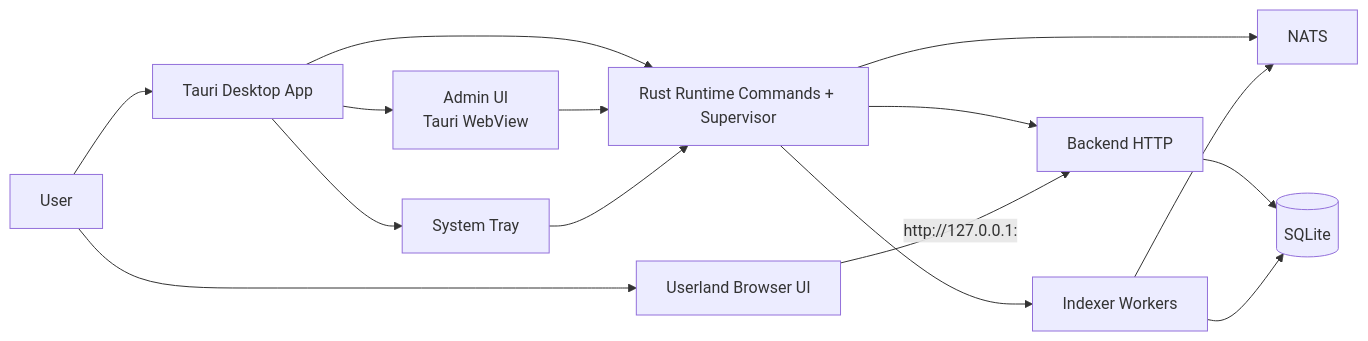
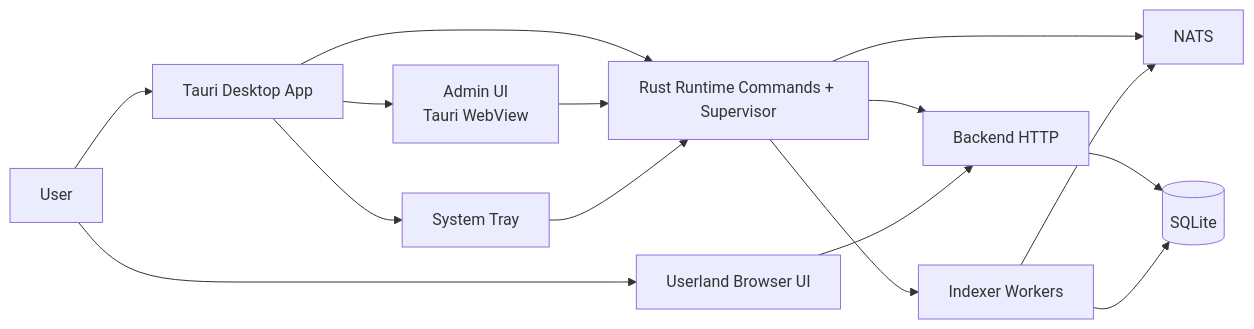
Before and after one commit to d347h-eth/artgod: the diagram in docs/diagrams/00-desktop-components.md, drawn with Mermaid. The commit also changed 54 other files, not shown here.

Commit message:
implement bootstrap flow in UI + refactor

````diff
--- a/docs/diagrams/00-desktop-components.md
+++ b/docs/diagrams/00-desktop-components.md
@@ -5,32 +5,32 @@
 ```mermaid
 flowchart LR
     U[User]
     TW[Tauri Desktop App]
     AU[Admin UI<br/>Tauri WebView]
     TR[System Tray]
     RT[Rust Runtime Commands + Supervisor]
     NATS[NATS]
     BE[Backend HTTP]
     IDX[Indexer Workers]
     B[Userland Browser UI]
     DB[(SQLite)]
 
     U --> TW
     TW --> AU
     TW --> TR
     TW --> RT
 
     AU --> RT
     TR --> RT
 
     RT --> NATS
     RT --> BE
     RT --> IDX
 
     BE --> DB
     IDX --> DB
     IDX --> NATS
 
     U --> B
-    B -->|http://127.0.0.1:<backend-port>| BE
+    B --> BE
 ```
````
